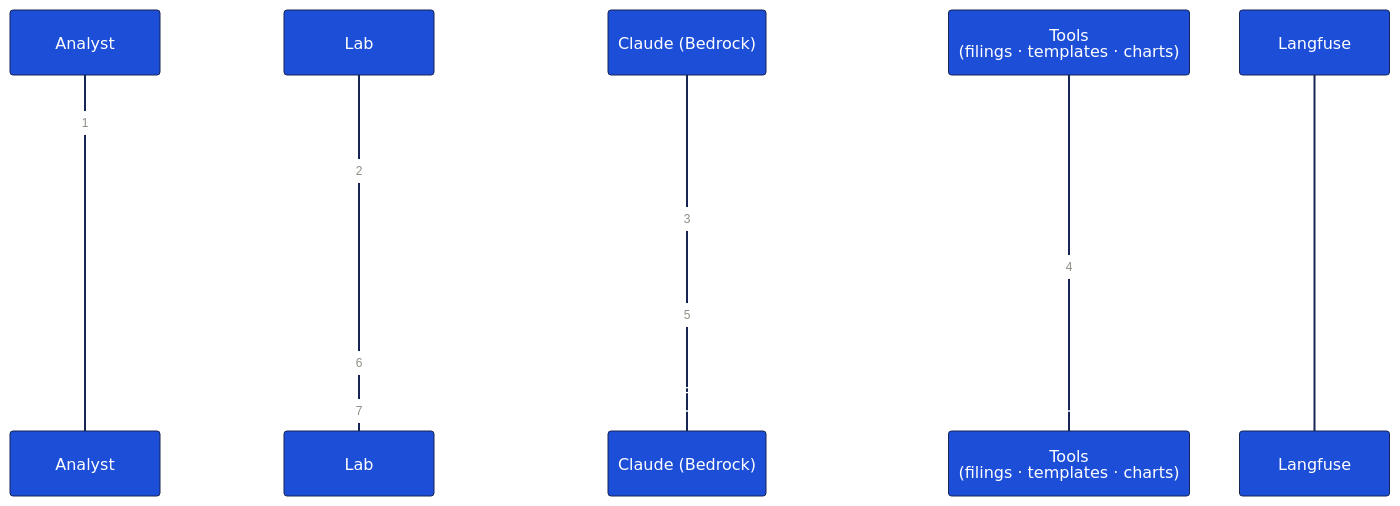
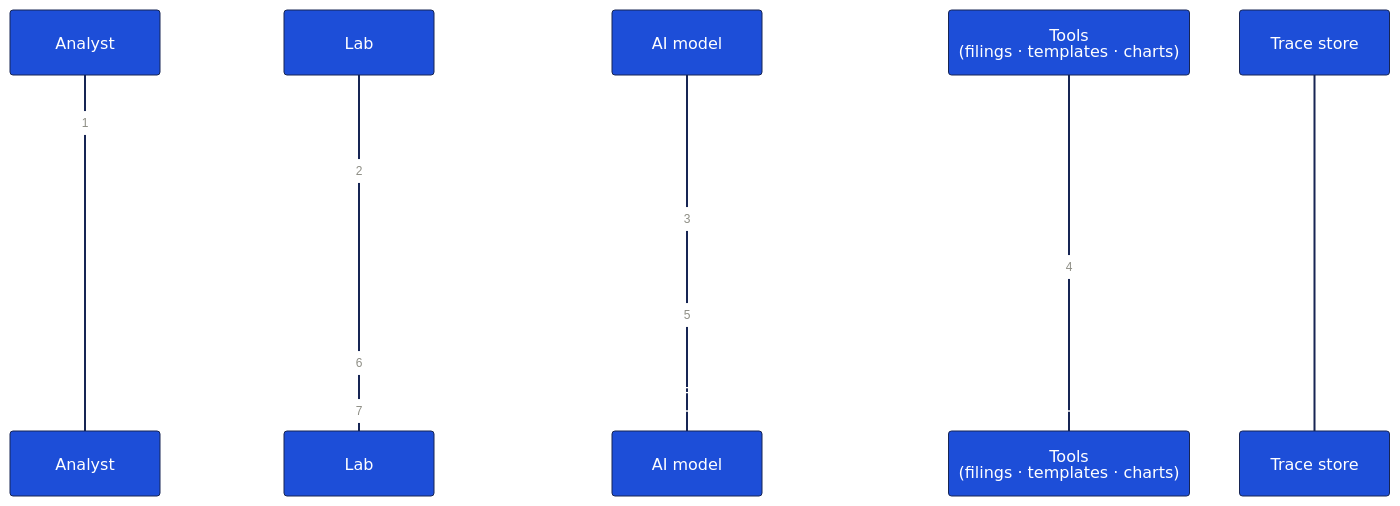
Before and after one commit to cf0-corp/docs: the diagram in security/observability.mdx, drawn with Mermaid. The commit also changed other lines of this file and 9 other files, not shown here.

````diff
--- a/security/observability.mdx
+++ b/security/observability.mdx
@@ -9,17 +9,17 @@
 ```mermaid
 %%{init: {"theme": "base", "themeVariables": {"primaryColor": "#1d4ed8", "primaryTextColor": "#ffffff", "primaryBorderColor": "#172554", "lineColor": "#71717a", "fontFamily": "Inter Tight, -apple-system, sans-serif", "fontSize": "13px"}}}%%
 sequenceDiagram
   autonumber
   participant U as Analyst
   participant L as Lab
-  participant M as Claude (Bedrock)
+  participant M as AI model
   participant T as Tools<br/>(filings · templates · charts)
-  participant F as Langfuse
+  participant F as Trace store
   U->>L: Plain-English question
   L->>M: System prompt + tool defs
   M->>T: Tool call (filings.read, consensus.get…)
   T-->>M: Structured result
   M-->>L: Streamed answer + render calls
   L-->>U: Chart · table · cited prose
   L->>F: Full trace (prompt, I/O, latency, bytes)
 ```
````
